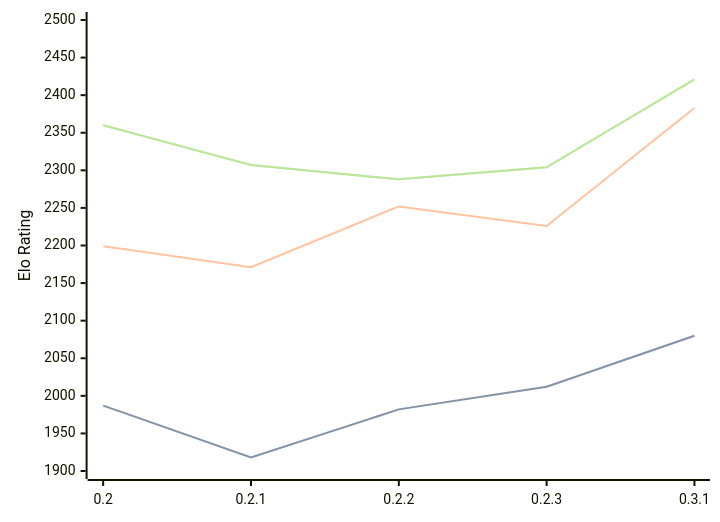
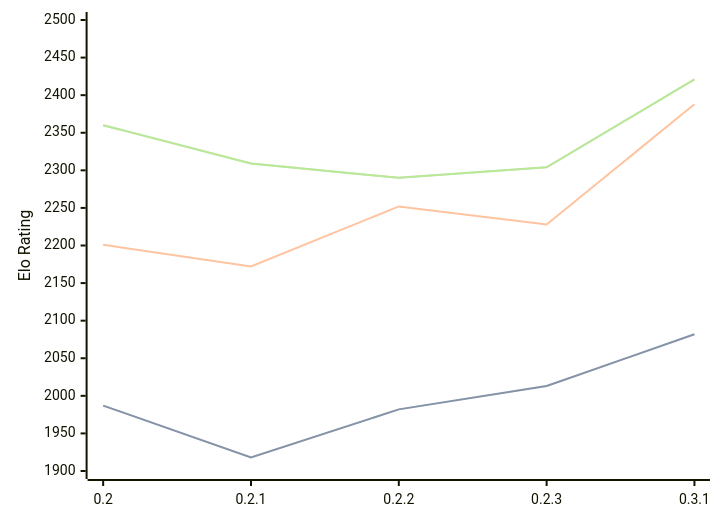
One commit to computer-chess-index/cci changed the diagram in engines/Lolbot.md. Above: the diagram before and after it, drawn with Mermaid. The commit also changed other lines of this file, not shown here.

Commit message:
Update CCI Ratings (ELO VLTC) - 2026-07-24

````diff
--- a/engines/Lolbot.md
+++ b/engines/Lolbot.md
@@ -36,11 +36,11 @@
 ```mermaid
 %%{init: {"theme":"base","themeVariables":{"seriesColors:['#a3a3a3','#222221','#faa371']}}}%%
 xychart-beta
   x-axis ["0.2", "0.2.1", "0.2.2", "0.2.3", "0.3.1"]
   y-axis "Elo Rating" 1900 --> 2500
-  line "STC (8.0+0.08s)" [1987, 1918, 1982, 2012, 2080]
-  line "STC (8.0+0.08s)" [1987, 1918, 1982, 2012, 2080]
-  line "LTC (60.0+0.60s)" [2199, 2171, 2252, 2226, 2383]
-  line "VLTC (2m24s+1.12s)" [2360, 2307, 2288, 2304, 2421]
-  line "VLTC (2m24s+1.12s)" [2360, 2307, 2288, 2304, 2421]
+  line "STC (8.0+0.08s)" [1987, 1918, 1982, 2013, 2082]
+  line "STC (8.0+0.08s)" [1987, 1918, 1982, 2013, 2082]
+  line "LTC (60.0+0.60s)" [2201, 2172, 2252, 2228, 2388]
+  line "VLTC (2m24s+1.12s)" [2360, 2309, 2290, 2304, 2421]
+  line "VLTC (2m24s+1.12s)" [2360, 2309, 2290, 2304, 2421]
 ```
````
